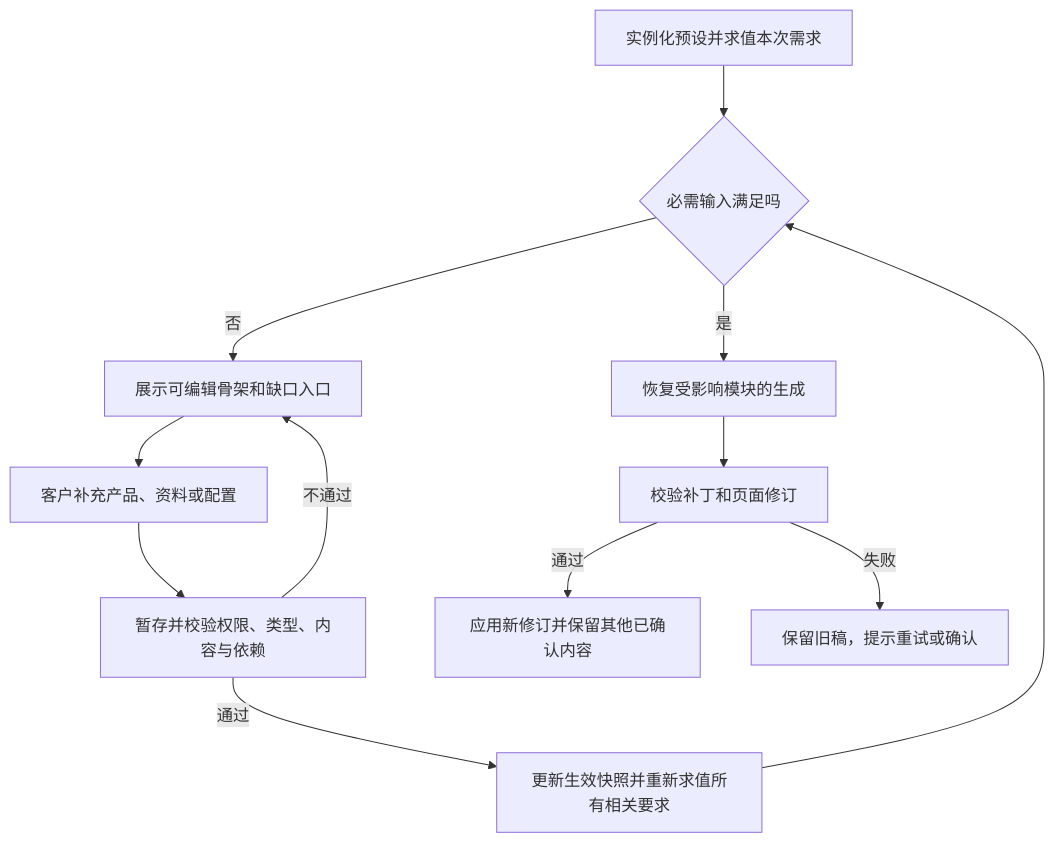
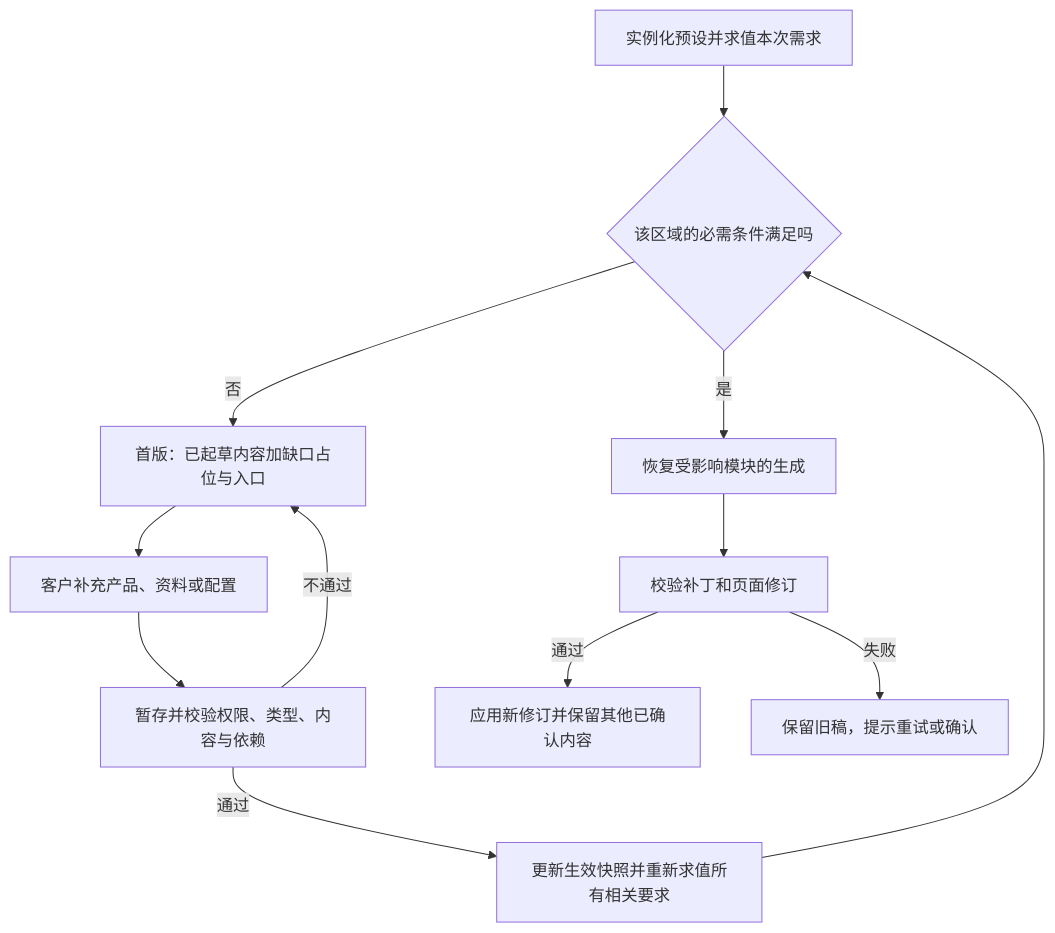
The fifth of 5 diagrams in marketing-frontend/docs/落地页提示词设计.md (ce-bj/growth-engine), drawn with Mermaid before and after one commit. The commit also changed other lines of this file and 4 other files, not shown here.

````diff
--- a/marketing-frontend/docs/落地页提示词设计.md
+++ b/marketing-frontend/docs/落地页提示词设计.md
@@ -1335,14 +1364,14 @@
 ```mermaid
 flowchart TD
-    A[实例化预设并求值本次需求] --> B{必需输入满足吗}
-    B -->|否| C[展示可编辑骨架和缺口入口]
+    A[实例化预设并求值本次需求] --> B{该区域的必需条件满足吗}
+    B -->|否| C[首版：已起草内容加缺口占位与入口]
     C --> D[客户补充产品、资料或配置]
     D --> E[暂存并校验权限、类型、内容与依赖]
     E -->|不通过| C
     E -->|通过| F[更新生效快照并重新求值所有相关要求]
     F --> B
     B -->|是| G[恢复受影响模块的生成]
     G --> H[校验补丁和页面修订]
     H -->|通过| I[应用新修订并保留其他已确认内容]
     H -->|失败| J[保留旧稿，提示重试或确认]
 ```
````
